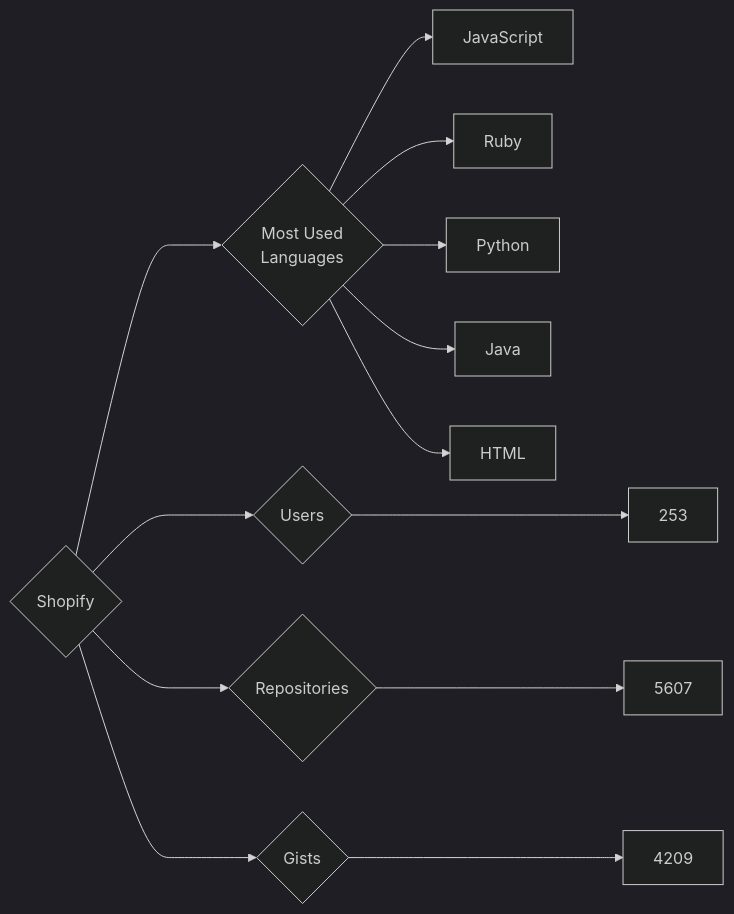
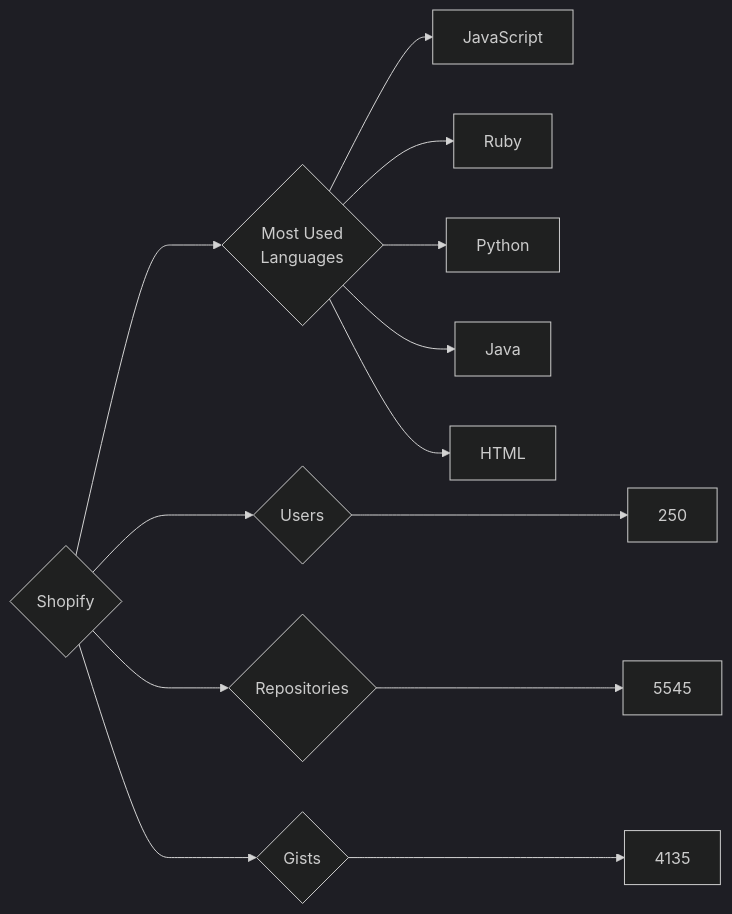
Before and after one commit to trickest/insiders: the diagram in targets/Shopify/README.md, drawn with Mermaid (dark theme). The commit also changed 878 other files, not shown here.

````diff
--- a/targets/Shopify/README.md
+++ b/targets/Shopify/README.md
@@ -3,13 +3,13 @@
 ```mermaid
 graph LR
 COMPANY_NAME{Shopify}
-COMPANY_NAME ---> U{Users} ---> UN[253]
-COMPANY_NAME ---> R{Repositories} ---> RN[5607]
-COMPANY_NAME ---> G{Gists} ---> GN[4209]
+COMPANY_NAME ---> U{Users} ---> UN[250]
+COMPANY_NAME ---> R{Repositories} ---> RN[5545]
+COMPANY_NAME ---> G{Gists} ---> GN[4135]
 COMPANY_NAME ---> ML{Most Used<br>Languages}
 ML --> JavaScript[JavaScript]
 ML --> Ruby[Ruby]
 ML --> Python[Python]
 ML --> Java[Java]
 ML --> HTML[HTML]
 ```
````
